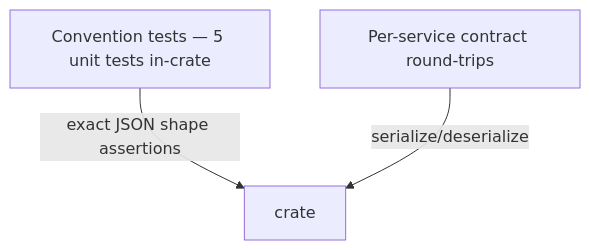
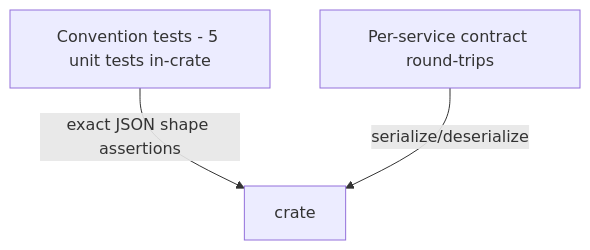
The fifth of 5 diagrams in crates/wire/contracts/DESIGN.md (commerce8/bill8-sdk), drawn with Mermaid before and after one commit. The commit also changed other lines of this file and 37 other files, not shown here.

````diff
--- a/crates/wire/contracts/DESIGN.md
+++ b/crates/wire/contracts/DESIGN.md
@@ -114,5 +114,5 @@
 ```mermaid
 graph TD
-    WT[Convention tests — 5 unit tests in-crate] -->|exact JSON shape assertions| C[crate]
+    WT[Convention tests - 5 unit tests in-crate] -->|exact JSON shape assertions| C[crate]
     ST[Per-service contract round-trips] -->|serialize/deserialize| C
 ```
````
